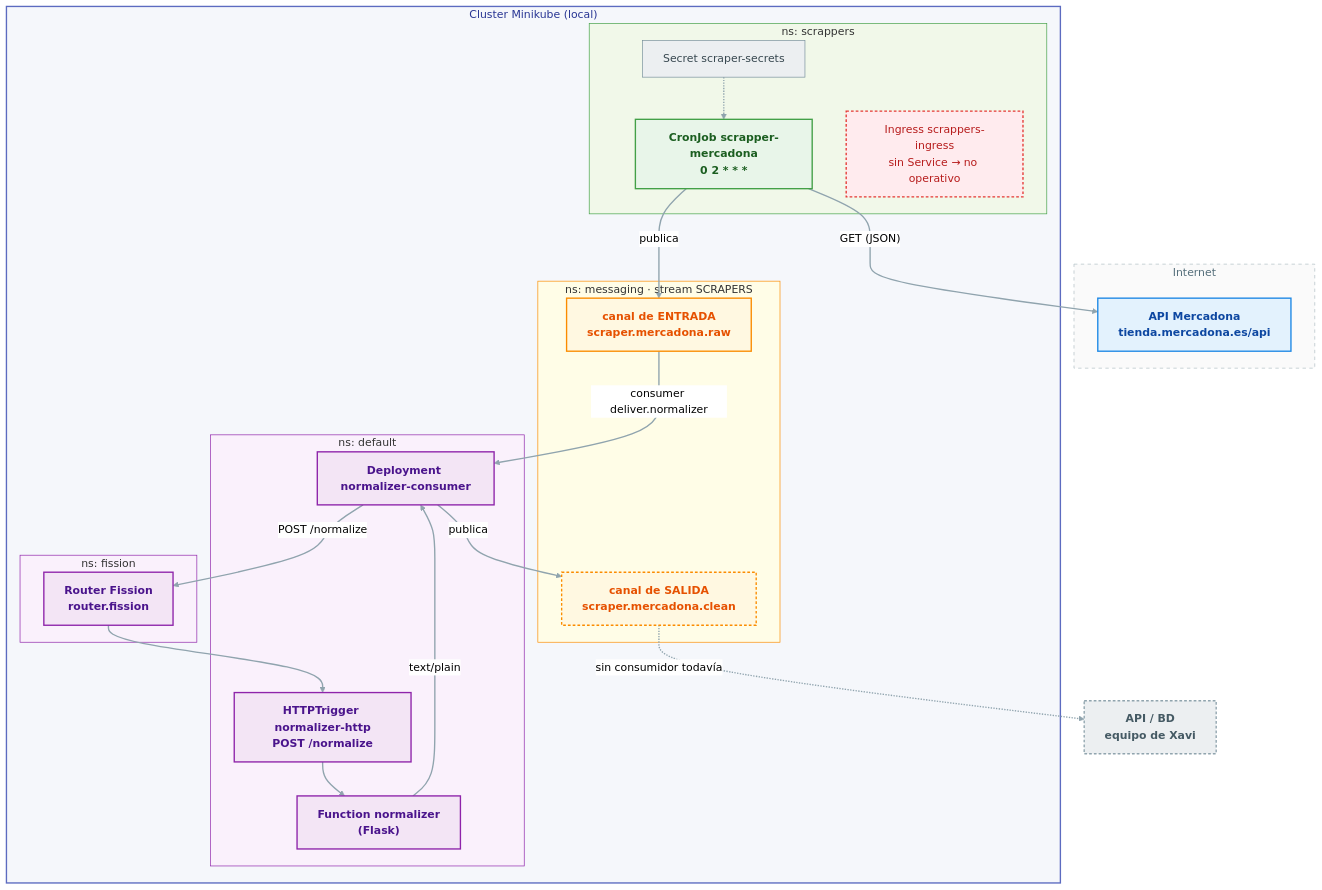
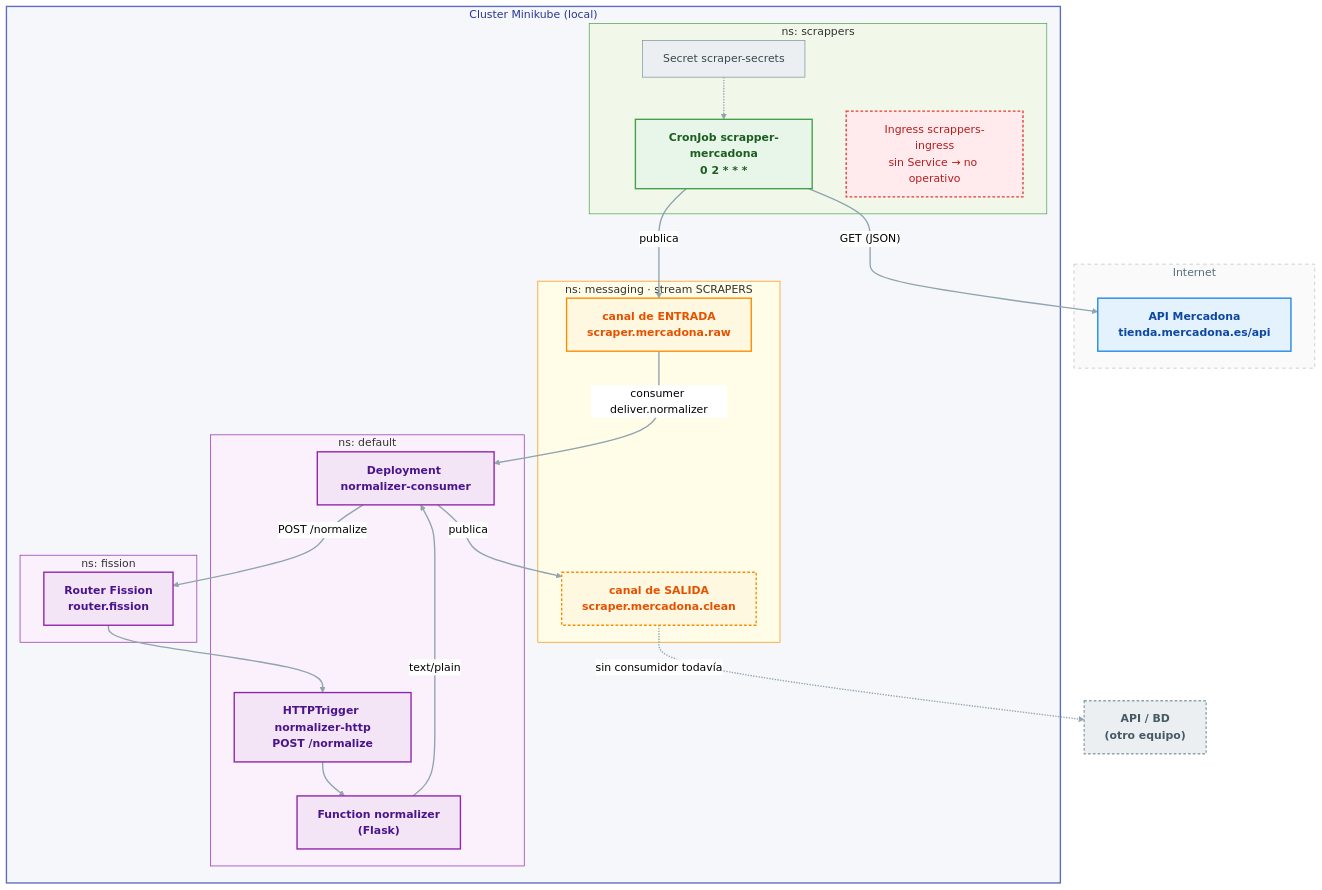
The second of 2 diagrams in flujo-entrada/docs/01-arquitectura.md (TheMinimalOwl/PTI-Q26-27-TARDOR), drawn with Mermaid (neutral theme) before and after one commit. The commit also changed 3 other files, not shown here.

````diff
--- a/flujo-entrada/docs/01-arquitectura.md
+++ b/flujo-entrada/docs/01-arquitectura.md
@@ -53,68 +53,68 @@
 ```mermaid
 flowchart TB
   subgraph ext["Internet"]
     MD["API Mercadona<br/>tienda.mercadona.es/api"]
   end
 
   subgraph k8s["Cluster Minikube (local)"]
     subgraph nsScr["ns: scrappers"]
       CJMD["CronJob scrapper-mercadona<br/>0 2 * * *"]
       SEC["Secret scraper-secrets"]
       ING["Ingress scrappers-ingress<br/>sin Service → no operativo"]
     end
 
     subgraph nsMsg["ns: messaging · stream SCRAPERS"]
       RAW["canal de ENTRADA<br/>scraper.mercadona.raw"]
       CLEAN["canal de SALIDA<br/>scraper.mercadona.clean"]
     end
 
     subgraph nsFis["ns: fission"]
       ROUTER["Router Fission<br/>router.fission"]
     end
 
     subgraph nsDef["ns: default"]
       TRIG["HTTPTrigger normalizer-http<br/>POST /normalize"]
       FN["Function normalizer<br/>(Flask)"]
       CONS["Deployment normalizer-consumer"]
     end
   end
 
-  XBD["API / BD<br/>equipo de Xavi"]
+  XBD["API / BD<br/>(otro equipo)"]
 
   CJMD -->|"GET (JSON)"| MD
   SEC -.-> CJMD
   CJMD -->|"publica"| RAW
   RAW -->|"consumer deliver.normalizer"| CONS
   CONS -->|"POST /normalize"| ROUTER
   ROUTER --> TRIG
   TRIG --> FN
   FN -->|"text/plain"| CONS
   CONS -->|"publica"| CLEAN
   CLEAN -.->|"sin consumidor todavía"| XBD
 
   classDef cExt fill:#e3f2fd,stroke:#1e88e5,stroke-width:2px,color:#0d47a1,font-weight:bold
   classDef cScraper fill:#e8f5e9,stroke:#43a047,stroke-width:2px,color:#1b5e20,font-weight:bold
   classDef cNats fill:#fff8e1,stroke:#fb8c00,stroke-width:2px,color:#e65100,font-weight:bold
   classDef cNatsHueco fill:#fff8e1,stroke:#fb8c00,stroke-width:2px,stroke-dasharray:4 3,color:#e65100,font-weight:bold
   classDef cFission fill:#f3e5f5,stroke:#8e24aa,stroke-width:2px,color:#4a148c,font-weight:bold
   classDef cPending fill:#eceff1,stroke:#90a4ae,stroke-width:2px,stroke-dasharray:4 3,color:#455a64,font-weight:bold
   classDef cSecret fill:#eceff1,stroke:#78909c,color:#37474f
   classDef cBlocked fill:#ffebee,stroke:#e53935,stroke-width:2px,stroke-dasharray:4 3,color:#b71c1c
 
   class MD cExt
   class CJMD cScraper
   class SEC cSecret
   class ING cBlocked
   class RAW cNats
   class CLEAN cNatsHueco
   class ROUTER,TRIG,FN,CONS cFission
   class XBD cPending
 
   style ext fill:#fafafa,stroke:#b0bec5,stroke-dasharray:5 5,color:#546e7a
   style k8s fill:#f5f7fb,stroke:#5c6bc0,stroke-width:2px,color:#283593
   style nsScr fill:#f1f8e9,stroke:#43a047
   style nsMsg fill:#fffde7,stroke:#fb8c00
   style nsFis fill:#faf1fc,stroke:#8e24aa
   style nsDef fill:#faf1fc,stroke:#8e24aa
   linkStyle default stroke:#90a4ae,stroke-width:2px
 ```
````
